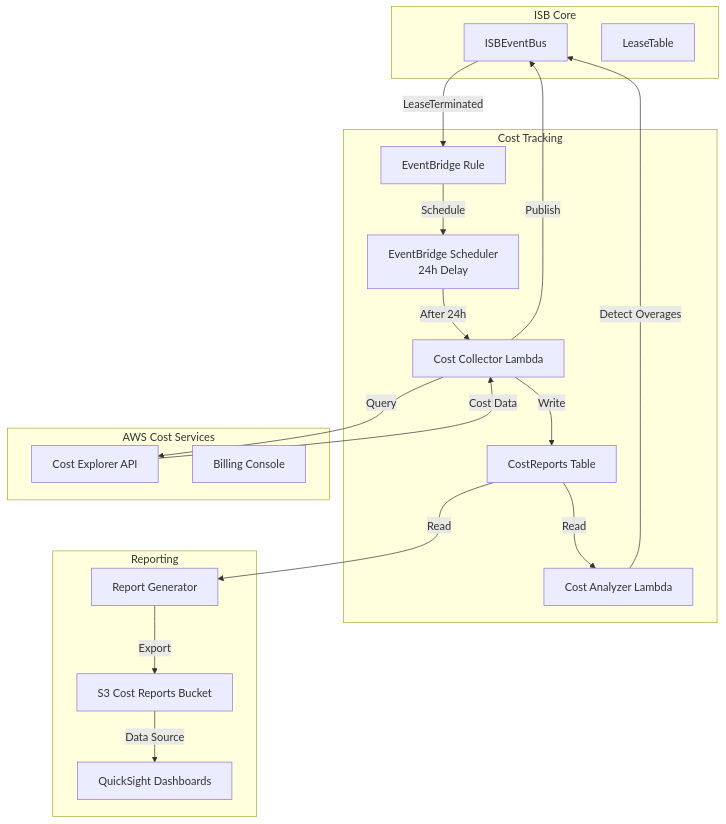
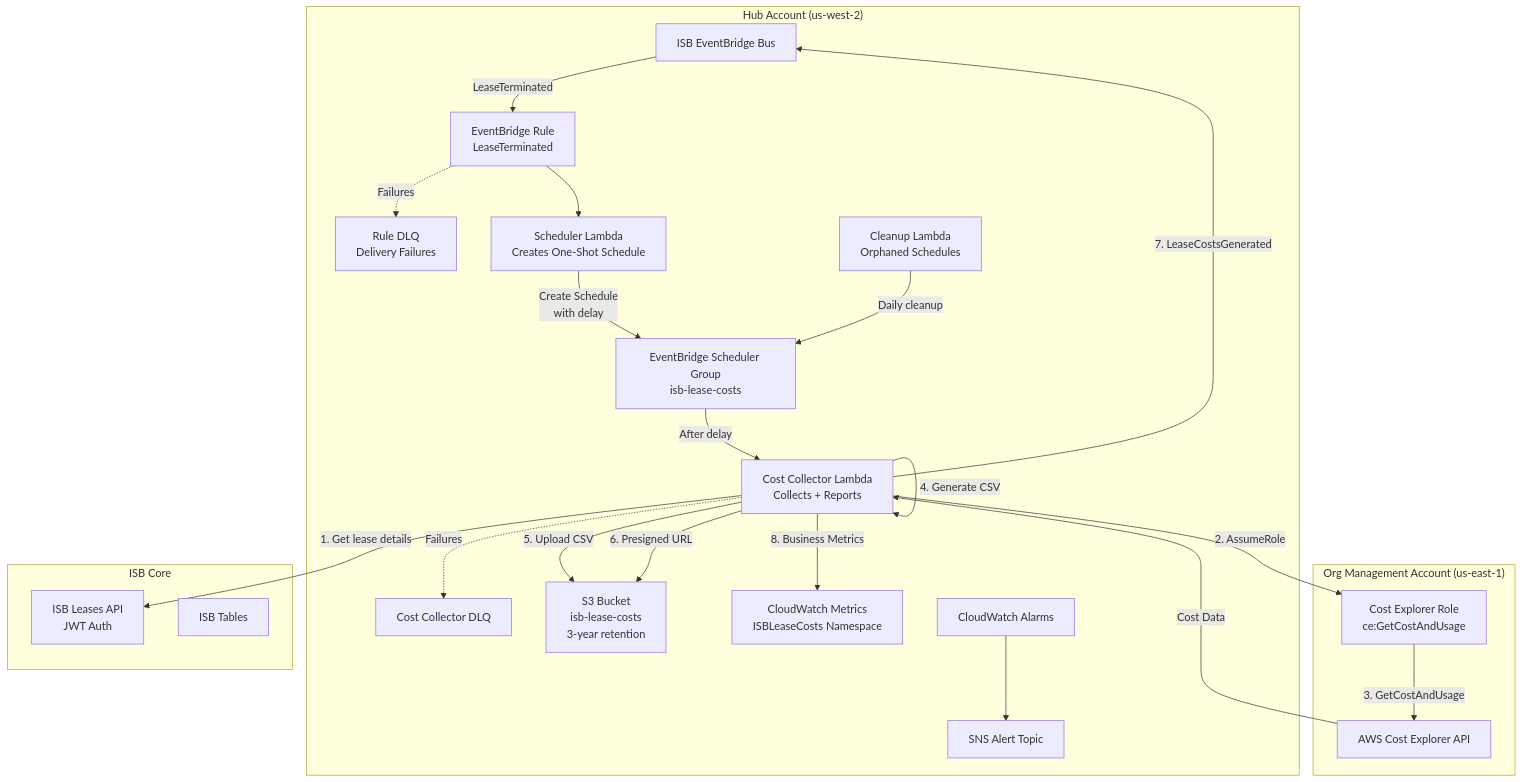
One commit to co-cddo/ndx-try-arch changed the first of 2 diagrams in docs/22-cost-tracking.md. Above: the diagram before and after it, drawn with Mermaid. The commit also changed other lines of this file and 41 other files, not shown here.

First line of the commit message:
docs: update NDX architecture documentation (#9)

````diff
--- a/docs/22-cost-tracking.md
+++ b/docs/22-cost-tracking.md
@@ -24,39 +17,54 @@
 ```mermaid
 graph TB
-    subgraph "ISB Core"
-        CORE_EB[ISBEventBus]
-        LEASE_TABLE[LeaseTable]
+    subgraph "Hub Account (us-west-2)"
+        ISB_EB[ISB EventBridge Bus]
+        EB_RULE[EventBridge Rule<br/>LeaseTerminated]
+        RULE_DLQ[Rule DLQ<br/>Delivery Failures]
+
+        SCHED_FN[Scheduler Lambda<br/>Creates One-Shot Schedule]
+        SCHED_GROUP[EventBridge Scheduler Group<br/>isb-lease-costs]
+
+        COLLECTOR_FN[Cost Collector Lambda<br/>Collects + Reports]
+        COLLECTOR_DLQ[Cost Collector DLQ]
+
+        CLEANUP_FN[Cleanup Lambda<br/>Orphaned Schedules]
+
+        S3_BUCKET[S3 Bucket<br/>isb-lease-costs<br/>3-year retention]
+
+        CW_METRICS[CloudWatch Metrics<br/>ISBLeaseCosts Namespace]
+        CW_ALARMS[CloudWatch Alarms]
+        SNS_ALERTS[SNS Alert Topic]
     end
 
-    subgraph "Cost Tracking"
-        EB_RULE[EventBridge Rule]
-        DELAY[EventBridge Scheduler<br/>24h Delay]
-        COLLECTOR[Cost Collector Lambda]
-        ANALYZER[Cost Analyzer Lambda]
-        COST_DDB[CostReports Table]
+    subgraph "Org Management Account (us-east-1)"
+        CE_ROLE[Cost Explorer Role<br/>ce:GetCostAndUsage]
+        CE_API[AWS Cost Explorer API]
     end
 
-    subgraph "AWS Cost Services"
-        CE[Cost Explorer API]
-        BILLING[Billing Console]
+    subgraph "ISB Core"
+        ISB_API[ISB Leases API<br/>JWT Auth]
+        ISB_DDB[ISB Tables]
     end
 
-    subgraph "Reporting"
-        REPORT_LAMBDA[Report Generator]
-        S3[S3 Cost Reports Bucket]
-        QUICKSIGHT[QuickSight Dashboards]
-    end
+    ISB_EB -->|LeaseTerminated| EB_RULE
+    EB_RULE --> SCHED_FN
+    EB_RULE -.->|Failures| RULE_DLQ
 
-    CORE_EB -->|LeaseTerminated| EB_RULE
-    EB_RULE -->|Schedule| DELAY
-    DELAY -->|After 24h| COLLECTOR
-    COLLECTOR -->|Query| CE
-    CE -->|Cost Data| COLLECTOR
-    COLLECTOR -->|Write| COST_DDB
-    COLLECTOR -->|Publish| CORE_EB
-    COST_DDB -->|Read| ANALYZER
-    ANALYZER -->|Detect Overages| CORE_EB
-    COST_DDB -->|Read| REPORT_LAMBDA
-    REPORT_LAMBDA -->|Export| S3
-    S3 -->|Data Source| QUICKSIGHT
+    SCHED_FN -->|Create Schedule<br/>with delay| SCHED_GROUP
+
+    SCHED_GROUP -->|After delay| COLLECTOR_FN
+    COLLECTOR_FN -.->|Failures| COLLECTOR_DLQ
+
+    COLLECTOR_FN -->|1. Get lease details| ISB_API
+    COLLECTOR_FN -->|2. AssumeRole| CE_ROLE
+    CE_ROLE -->|3. GetCostAndUsage| CE_API
+    CE_API -->|Cost Data| COLLECTOR_FN
+    COLLECTOR_FN -->|4. Generate CSV| COLLECTOR_FN
+    COLLECTOR_FN -->|5. Upload CSV| S3_BUCKET
+    COLLECTOR_FN -->|6. Presigned URL| S3_BUCKET
+    COLLECTOR_FN -->|7. LeaseCostsGenerated| ISB_EB
+    COLLECTOR_FN -->|8. Business Metrics| CW_METRICS
+
+    CLEANUP_FN -->|Daily cleanup| SCHED_GROUP
+    CW_ALARMS --> SNS_ALERTS
 ```
````
